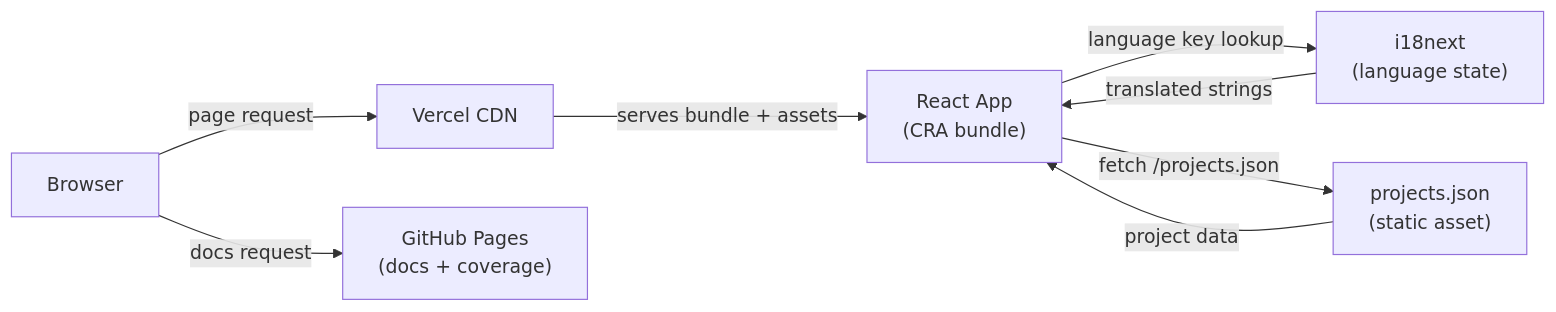
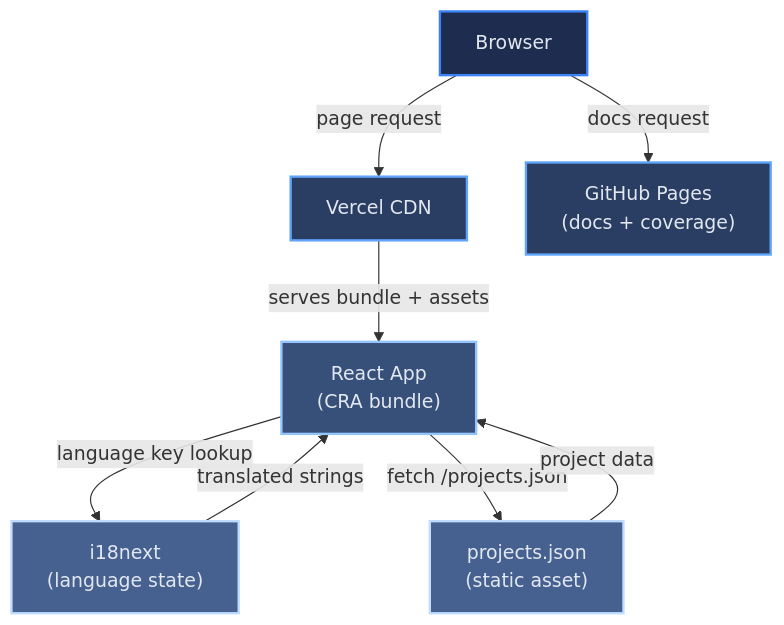
One commit to Keglev/my-portfolio changed the diagram in docs/architecture/overview.md. Above: the diagram before and after it, drawn with Mermaid. The commit also changed 8 other files, not shown here.

Commit message:
changed style for make more colorful mermaid diagrams; updated docs to reflect change in style

````diff
--- a/docs/architecture/overview.md
+++ b/docs/architecture/overview.md
@@ -37,17 +37,27 @@
 ```mermaid
-graph LR
+graph TD
     Browser["Browser"]
     Vercel["Vercel CDN"]
     ReactApp["React App\n(CRA bundle)"]
     i18next["i18next\n(language state)"]
     ProjectsJSON["projects.json\n(static asset)"]
     GHPages["GitHub Pages\n(docs + coverage)"]
 
     Browser -->|"page request"| Vercel
+    Browser -->|"docs request"| GHPages
     Vercel -->|"serves bundle + assets"| ReactApp
     ReactApp -->|"language key lookup"| i18next
     i18next -->|"translated strings"| ReactApp
     ReactApp -->|"fetch /projects.json"| ProjectsJSON
     ProjectsJSON -->|"project data"| ReactApp
-    Browser -->|"docs request"| GHPages
+
+    class Browser l1
+    class Vercel,GHPages l2
+    class ReactApp l3
+    class i18next,ProjectsJSON l4
+
+    classDef l1 fill:#1e2d4f,stroke:#3B82F6,stroke-width:2px,color:#E2E8F0
+    classDef l2 fill:#2a3d62,stroke:#60A5FA,stroke-width:2px,color:#E2E8F0
+    classDef l3 fill:#37507a,stroke:#93C5FD,stroke-width:2px,color:#E2E8F0
+    classDef l4 fill:#466090,stroke:#BFDBFE,stroke-width:2px,color:#E2E8F0
 ```
````
